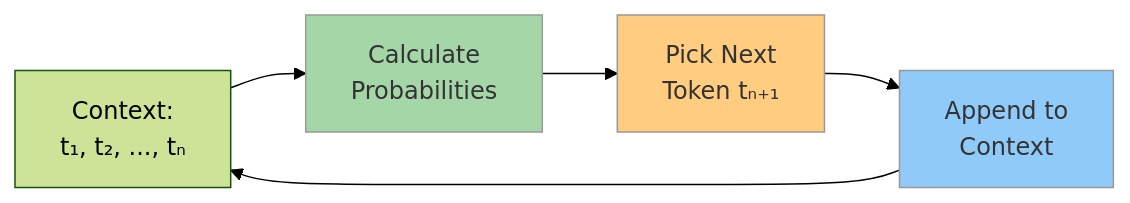
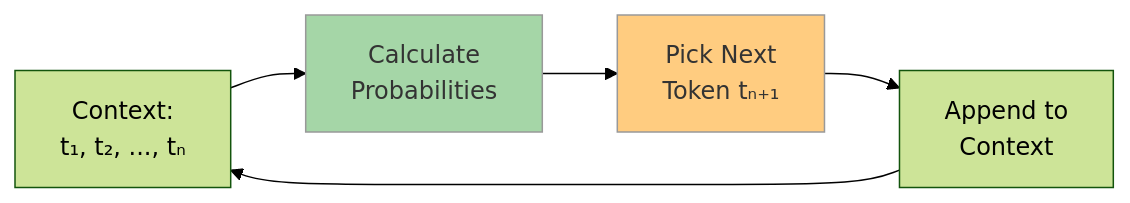
The third of 11 diagrams in slides.md (KylinDC/llm-session), drawn with Mermaid (forest theme) before and after one commit. The commit also changed other lines of this file and 2 other files, not shown here.

````diff
--- a/slides.md
+++ b/slides.md
@@ -205,11 +156,10 @@
 ```mermaid
 graph LR
     A["Context:<br/>t₁, t₂, ..., tₙ"] --> B["Calculate<br/>Probabilities"]
     B --> C["Pick Next<br/>Token tₙ₊₁"]
     C --> D["Append to<br/>Context"]
     D --> A
 
     style B fill:#A5D6A7,stroke:#999,color:#333
     style C fill:#FFCC80,stroke:#999,color:#333
-    style D fill:#90CAF9,stroke:#999,color:#333
 ```
````
